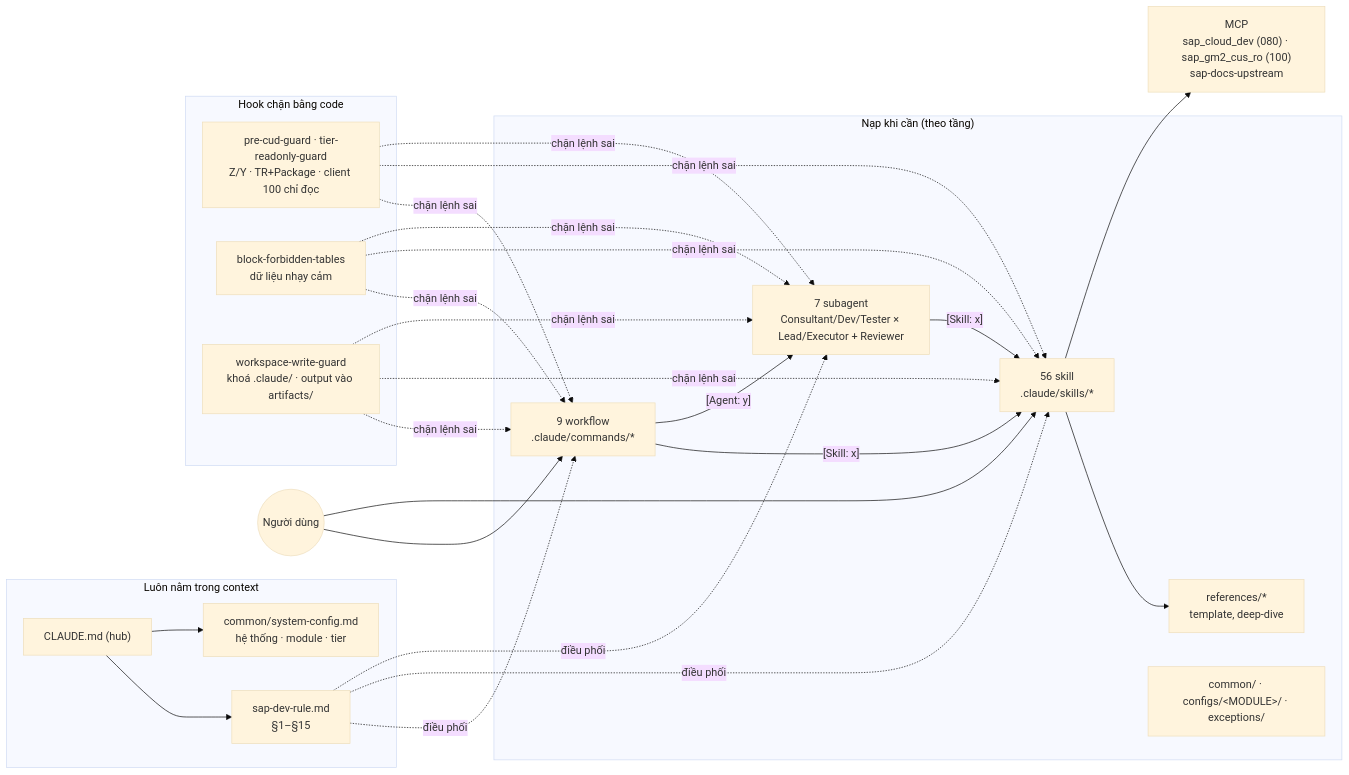
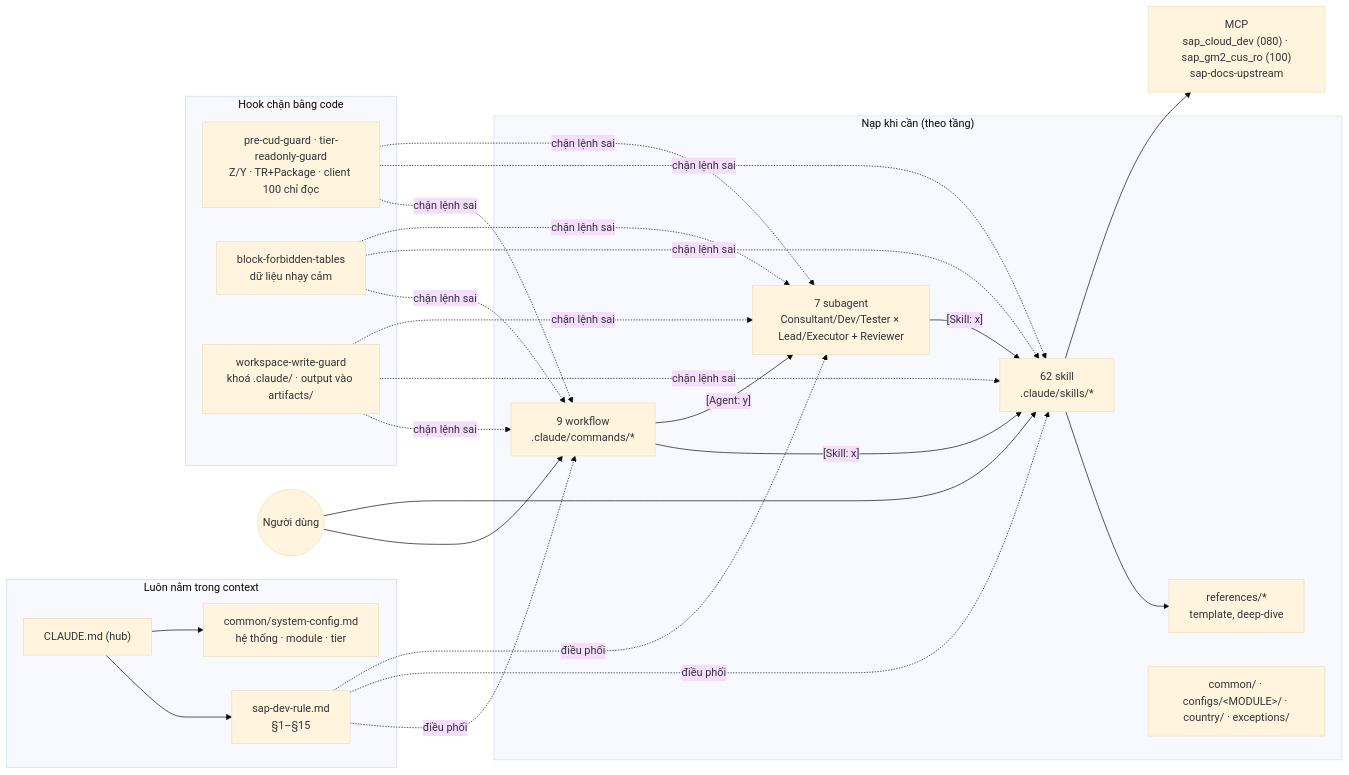
One commit to kienannh0403/sap_cloud_ai_workspace changed the first of 2 diagrams in README.md. Above: the diagram before and after it, drawn with Mermaid (base theme). The commit also changed other lines of this file and 32 other files, not shown here.

````diff
--- a/README.md
+++ b/README.md
@@ -30,26 +30,26 @@
 ```mermaid
 flowchart LR
     subgraph CTX["Luôn nằm trong context"]
         CM["CLAUDE.md (hub)"] --> RULE["sap-dev-rule.md<br/>§1–§15"]
         CM --> CFG["common/system-config.md<br/>hệ thống · module · tier"]
     end
     subgraph ONDEMAND["Nạp khi cần (theo tầng)"]
-        SK["56 skill<br/>.claude/skills/*"] --> REF["references/*<br/>template, deep-dive"]
+        SK["62 skill<br/>.claude/skills/*"] --> REF["references/*<br/>template, deep-dive"]
         WF["9 workflow<br/>.claude/commands/*"]
         AG["7 subagent<br/>Consultant/Dev/Tester × Lead/Executor + Reviewer"]
-        LAYER["common/ · configs/&lt;MODULE&gt;/ · exceptions/"]
+        LAYER["common/ · configs/&lt;MODULE&gt;/ · country/ · exceptions/"]
     end
     subgraph ENFORCE["Hook chặn bằng code"]
         H1["pre-cud-guard · tier-readonly-guard<br/>Z/Y · TR+Package · client 100 chỉ đọc"]
         H2["block-forbidden-tables<br/>dữ liệu nhạy cảm"]
         H3["workspace-write-guard<br/>khoá .claude/ · output vào artifacts/"]
     end
     USER((Người dùng)) --> WF
     USER --> SK
     WF -->|"[Skill: x]"| SK
     WF -->|"[Agent: y]"| AG
     AG -->|"[Skill: x]"| SK
     RULE -.điều phối.-> WF & SK & AG
     H1 & H2 & H3 -.chặn lệnh sai.-> WF & SK & AG
     SK --> MCP["MCP<br/>sap_cloud_dev (080) · sap_gm2_cus_ro (100)<br/>sap-docs-upstream"]
 ```
````
